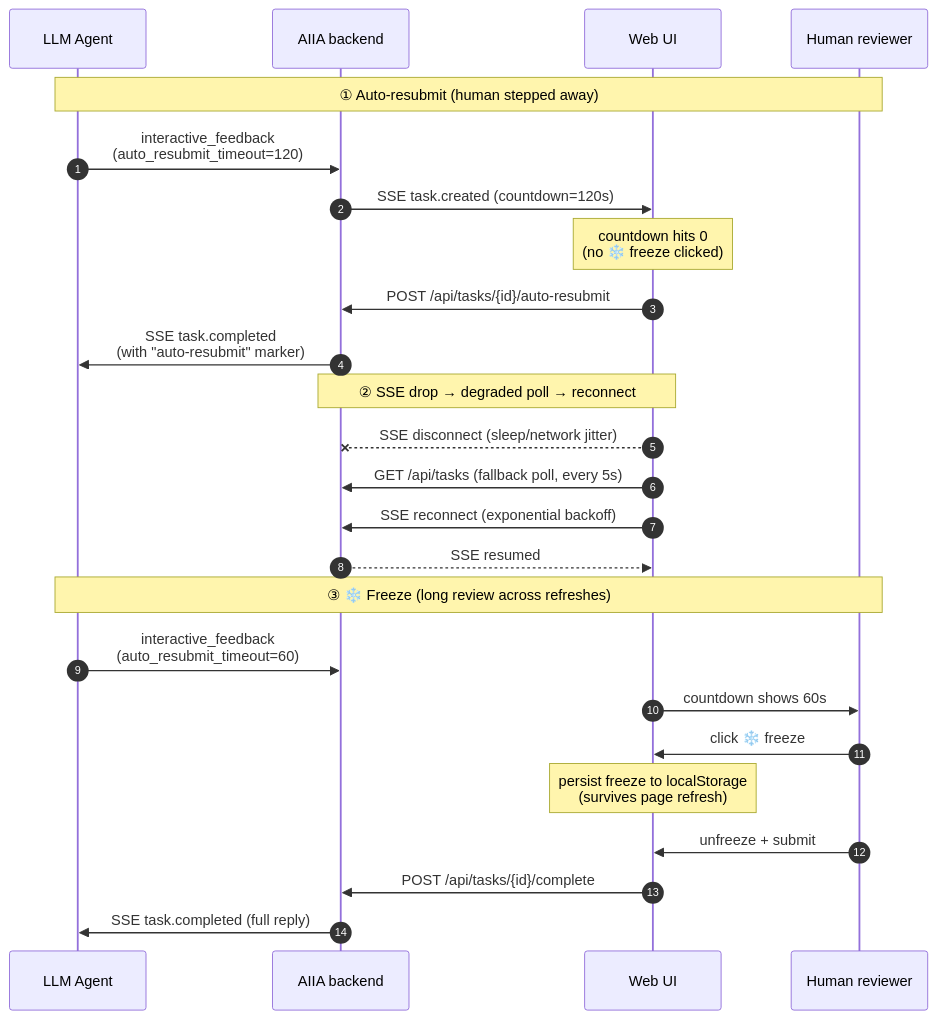
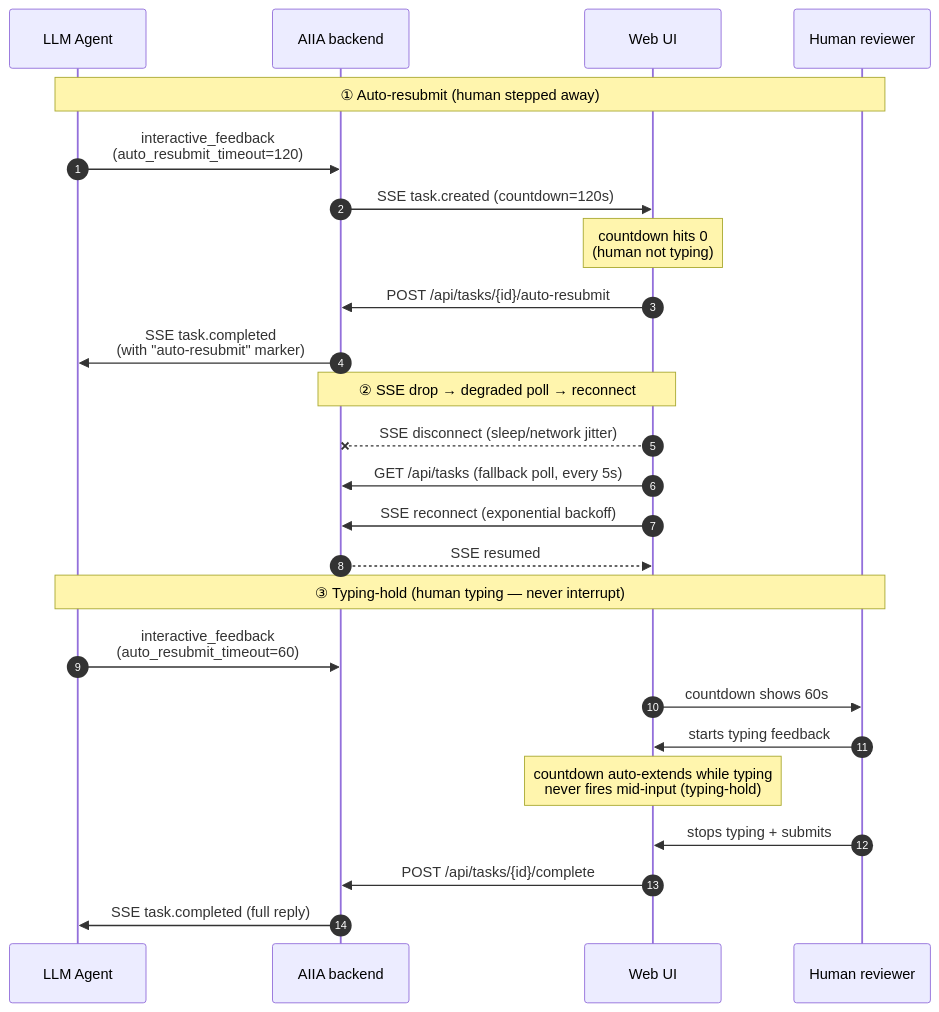
Before and after one commit to XIADENGMA/ai-intervention-agent: the third of 3 diagrams in README.md, drawn with Mermaid. The commit also changed other lines of this file and 3 other files, not shown here.

First line of the commit message:
:memo: docs(readme): describe typing-hold instead of the retired +60s/freeze buttons (R700)

````diff
--- a/README.md
+++ b/README.md
@@ -336,30 +336,30 @@
 ```mermaid
 sequenceDiagram
     autonumber
     participant Agent as LLM Agent
     participant AIIA as AIIA backend
     participant UI as Web UI
     participant Human as Human reviewer
 
     Note over Agent,Human: ① Auto-resubmit (human stepped away)
     Agent->>AIIA: interactive_feedback<br/>(auto_resubmit_timeout=120)
     AIIA->>UI: SSE task.created (countdown=120s)
-    Note over UI: countdown hits 0<br/>(no ❄️ freeze clicked)
+    Note over UI: countdown hits 0<br/>(human not typing)
     UI->>AIIA: POST /api/tasks/{id}/auto-resubmit
     AIIA->>Agent: SSE task.completed<br/>(with "auto-resubmit" marker)
 
     Note over UI,AIIA: ② SSE drop → degraded poll → reconnect
     UI--xAIIA: SSE disconnect (sleep/network jitter)
     UI->>AIIA: GET /api/tasks (fallback poll, every 5s)
     UI->>AIIA: SSE reconnect (exponential backoff)
     AIIA-->>UI: SSE resumed
 
-    Note over Agent,Human: ③ ❄️ Freeze (long review across refreshes)
+    Note over Agent,Human: ③ Typing-hold (human typing — never interrupt)
     Agent->>AIIA: interactive_feedback<br/>(auto_resubmit_timeout=60)
     UI->>Human: countdown shows 60s
-    Human->>UI: click ❄️ freeze
-    Note over UI: persist freeze to localStorage<br/>(survives page refresh)
-    Human->>UI: unfreeze + submit
+    Human->>UI: starts typing feedback
+    Note over UI: countdown auto-extends while typing<br/>never fires mid-input (typing-hold)
+    Human->>UI: stops typing + submits
     UI->>AIIA: POST /api/tasks/{id}/complete
     AIIA->>Agent: SSE task.completed (full reply)
 ```
````
